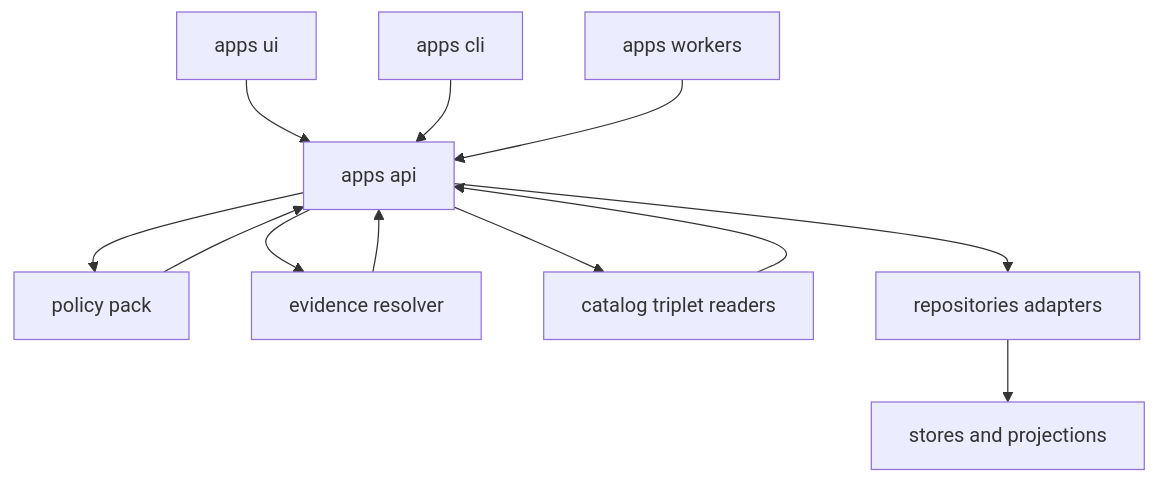
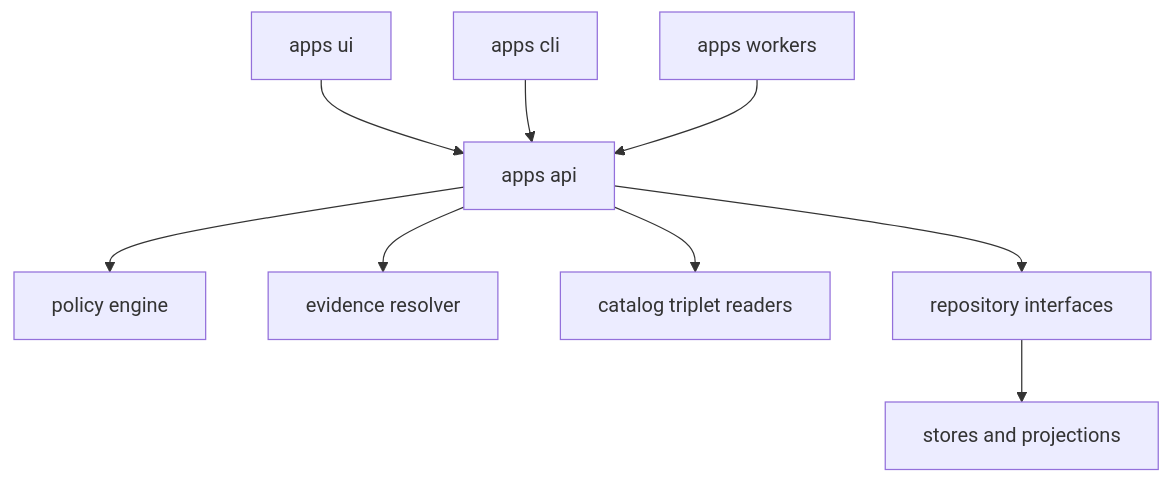
The second of 3 diagrams in apps/README.md (bartytime4life/Kansas-Frontier-Matrix), drawn with Mermaid before and after one commit. The commit also changed other lines of this file, not shown here.

````diff
--- a/apps/README.md
+++ b/apps/README.md
@@ -63,17 +97,13 @@
 ```mermaid
 flowchart TD
   UI[apps ui] --> API[apps api]
   CLI[apps cli] --> API
   W[apps workers] --> API
 
-  API --> P[policy pack]
-  API --> E[evidence resolver]
-  API --> C[catalog triplet readers]
+  API --> POL[policy engine]
+  API --> EV[evidence resolver]
+  API --> CAT[catalog triplet readers]
 
-  API --> R[repositories adapters]
-  R --> S[stores and projections]
-
-  P --> API
-  E --> API
-  C --> API
+  API --> REP[repository interfaces]
+  REP --> STO[stores and projections]
 ```
````
